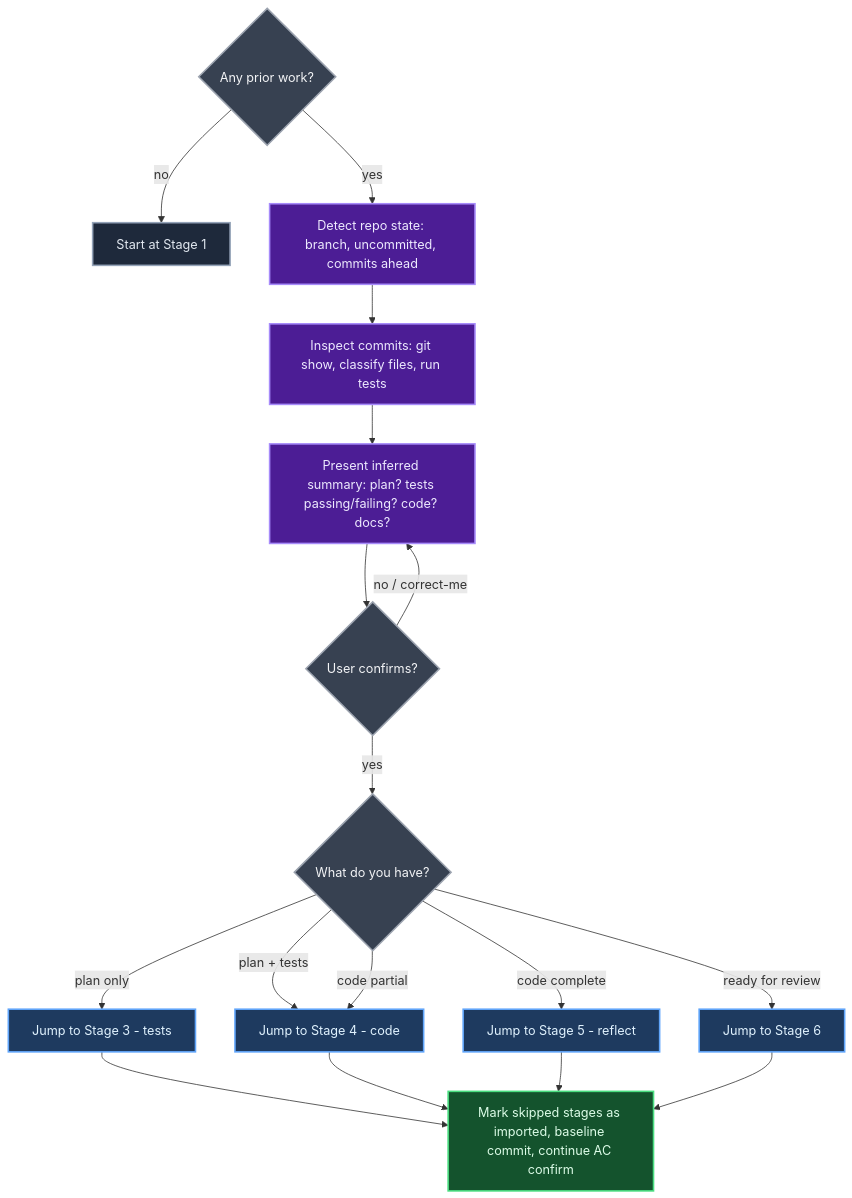
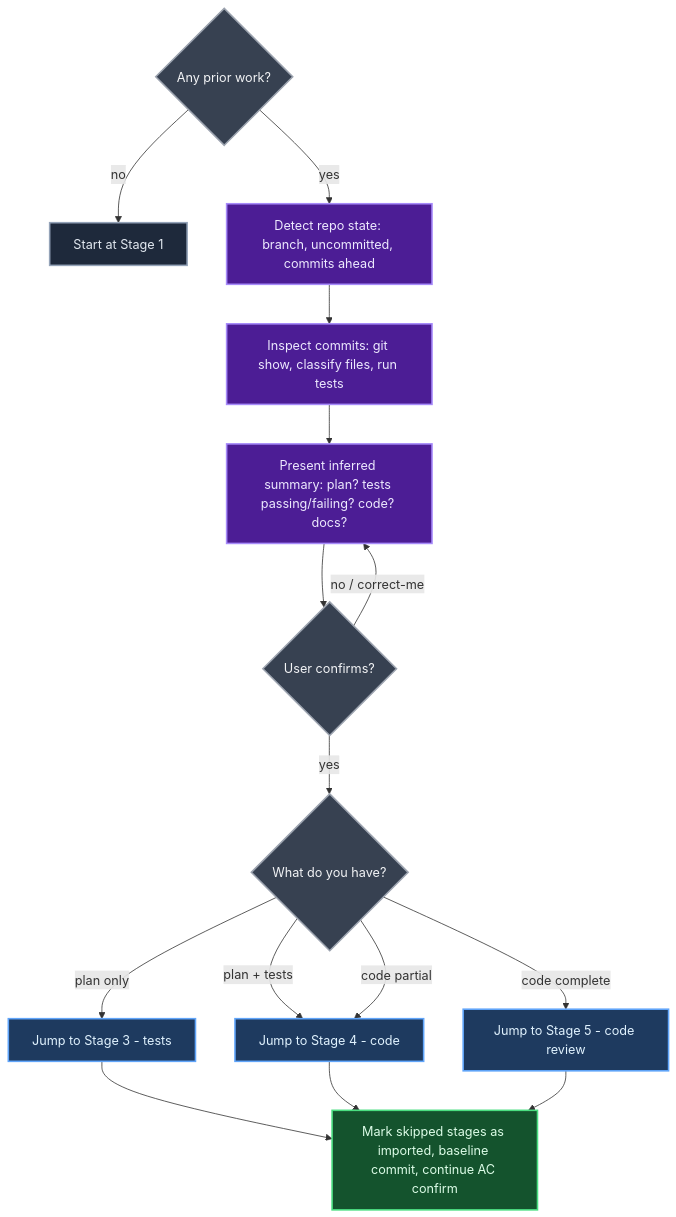
Before and after one commit to icarloscornejo/doer: the third of 3 diagrams in README.md, drawn with Mermaid. The commit also changed other lines of this file, not shown here.

````diff
--- a/README.md
+++ b/README.md
@@ -76,26 +82,24 @@
 ```mermaid
 flowchart TD
     Q{Any prior work?}:::decision -- "no" --> S1[Start at Stage 1]:::normal
     Q -- "yes" --> Detect[Detect repo state: branch, uncommitted, commits ahead]:::detect
     Detect --> Inspect[Inspect commits: git show, classify files, run tests]:::detect
     Inspect --> Summary[Present inferred summary: plan? tests passing/failing? code? docs?]:::detect
     Summary --> Confirm{User confirms?}:::decision
     Confirm -- "no / correct-me" --> Summary
     Confirm -- "yes" --> Decide{What do you have?}:::decision
     Decide -- "plan only" --> J3[Jump to Stage 3 - tests]:::jump
     Decide -- "plan + tests" --> J4[Jump to Stage 4 - code]:::jump
     Decide -- "code partial" --> J4
-    Decide -- "code complete" --> J5[Jump to Stage 5 - reflect]:::jump
-    Decide -- "ready for review" --> J6[Jump to Stage 6]:::jump
+    Decide -- "code complete" --> J5[Jump to Stage 5 - code review]:::jump
 
     J3 --> Import[Mark skipped stages as imported, baseline commit, continue AC confirm]:::import
     J4 --> Import
     J5 --> Import
-    J6 --> Import
 
     classDef decision fill:#374151,stroke:#9ca3af,stroke-width:2px,color:#f3f4f6
     classDef normal fill:#1e293b,stroke:#94a3b8,stroke-width:2px,color:#e2e8f0
     classDef detect fill:#4c1d95,stroke:#a78bfa,stroke-width:2px,color:#ede9fe
     classDef jump fill:#1e3a5f,stroke:#60a5fa,stroke-width:2px,color:#e0f2fe
     classDef import fill:#14532d,stroke:#4ade80,stroke-width:2px,color:#dcfce7
 ```
````
